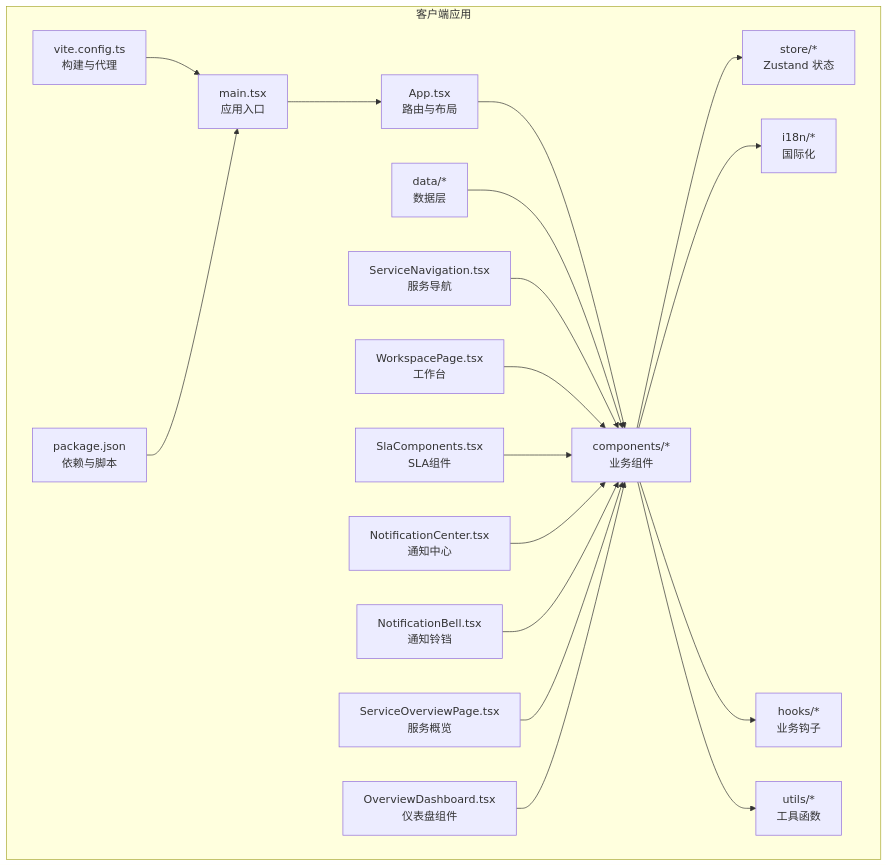
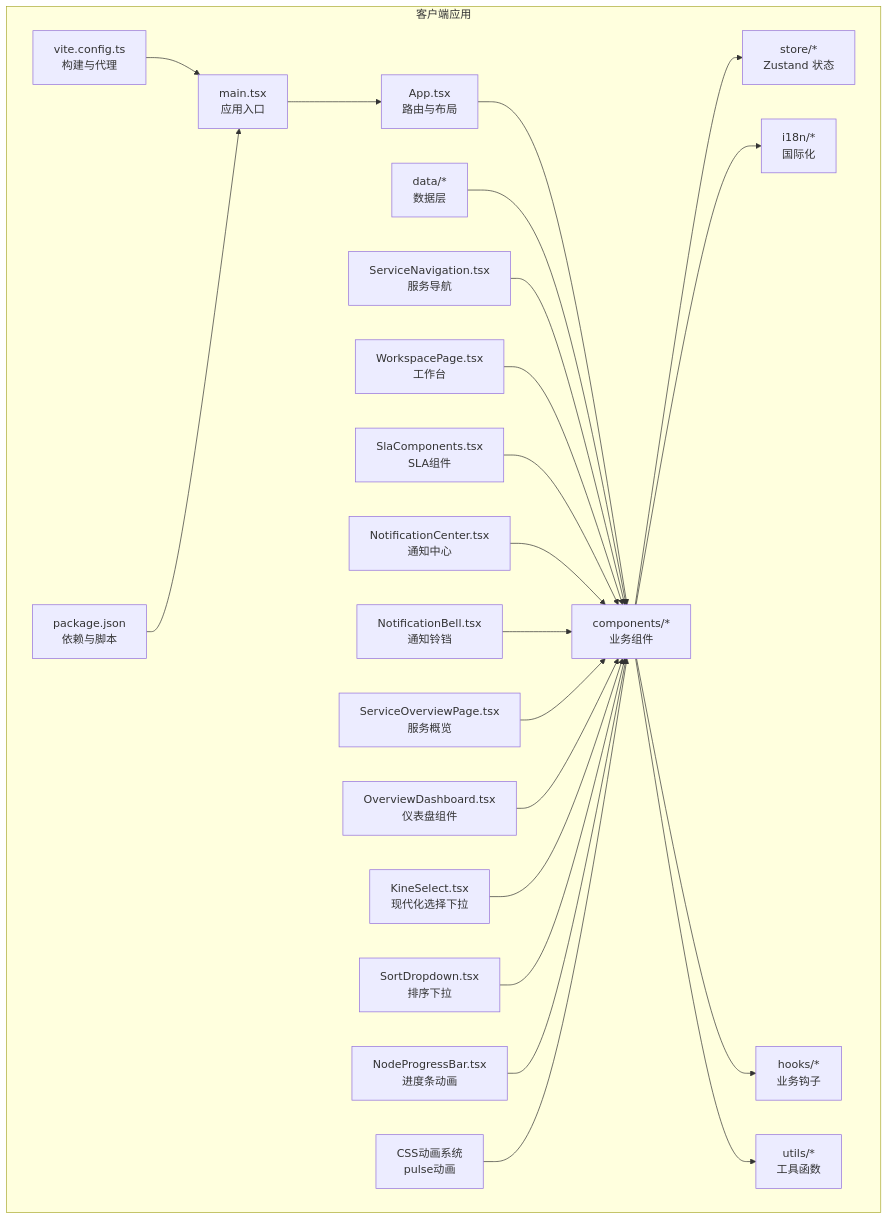
Before and after one commit to CubeEdge/Longhorn: the first of 29 diagrams in .qoder/repowiki/zh/content/系统架构/前端架构设计/前端架构设计.md, drawn with Mermaid. The commit also changed other lines of this file and 118 other files, not shown here.

````diff
--- a/.qoder/repowiki/zh/content/系统架构/前端架构设计/前端架构设计.md
+++ b/.qoder/repowiki/zh/content/系统架构/前端架构设计/前端架构设计.md
@@ -97,38 +105,46 @@
 ```mermaid
 graph TB
 subgraph "客户端应用"
 A["main.tsx<br/>应用入口"]
 B["App.tsx<br/>路由与布局"]
 C["components/*<br/>业务组件"]
 D["store/*<br/>Zustand 状态"]
 E["i18n/*<br/>国际化"]
 F["hooks/*<br/>业务钩子"]
 G["utils/*<br/>工具函数"]
 H["vite.config.ts<br/>构建与代理"]
 I["package.json<br/>依赖与脚本"]
 J["data/*<br/>数据层"]
 K["ServiceNavigation.tsx<br/>服务导航"]
 L["WorkspacePage.tsx<br/>工作台"]
 M["SlaComponents.tsx<br/>SLA组件"]
 N["NotificationCenter.tsx<br/>通知中心"]
 O["NotificationBell.tsx<br/>通知铃铛"]
 P["ServiceOverviewPage.tsx<br/>服务概览"]
 Q["OverviewDashboard.tsx<br/>仪表盘组件"]
+R["KineSelect.tsx<br/>现代化选择下拉"]
+S["SortDropdown.tsx<br/>排序下拉"]
+T["NodeProgressBar.tsx<br/>进度条动画"]
+U["CSS动画系统<br/>pulse动画"]
 end
 A --> B
 B --> C
 C --> D
 C --> E
 C --> F
 C --> G
 H --> A
 I --> A
 J --> C
 K --> C
 L --> C
 M --> C
 N --> C
 O --> C
 P --> C
 Q --> C
+R --> C
+S --> C
+T --> C
+U --> C
 ```
````
